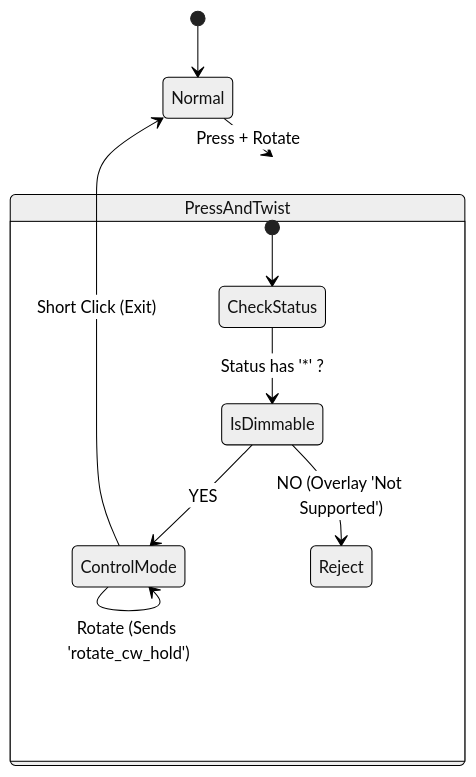
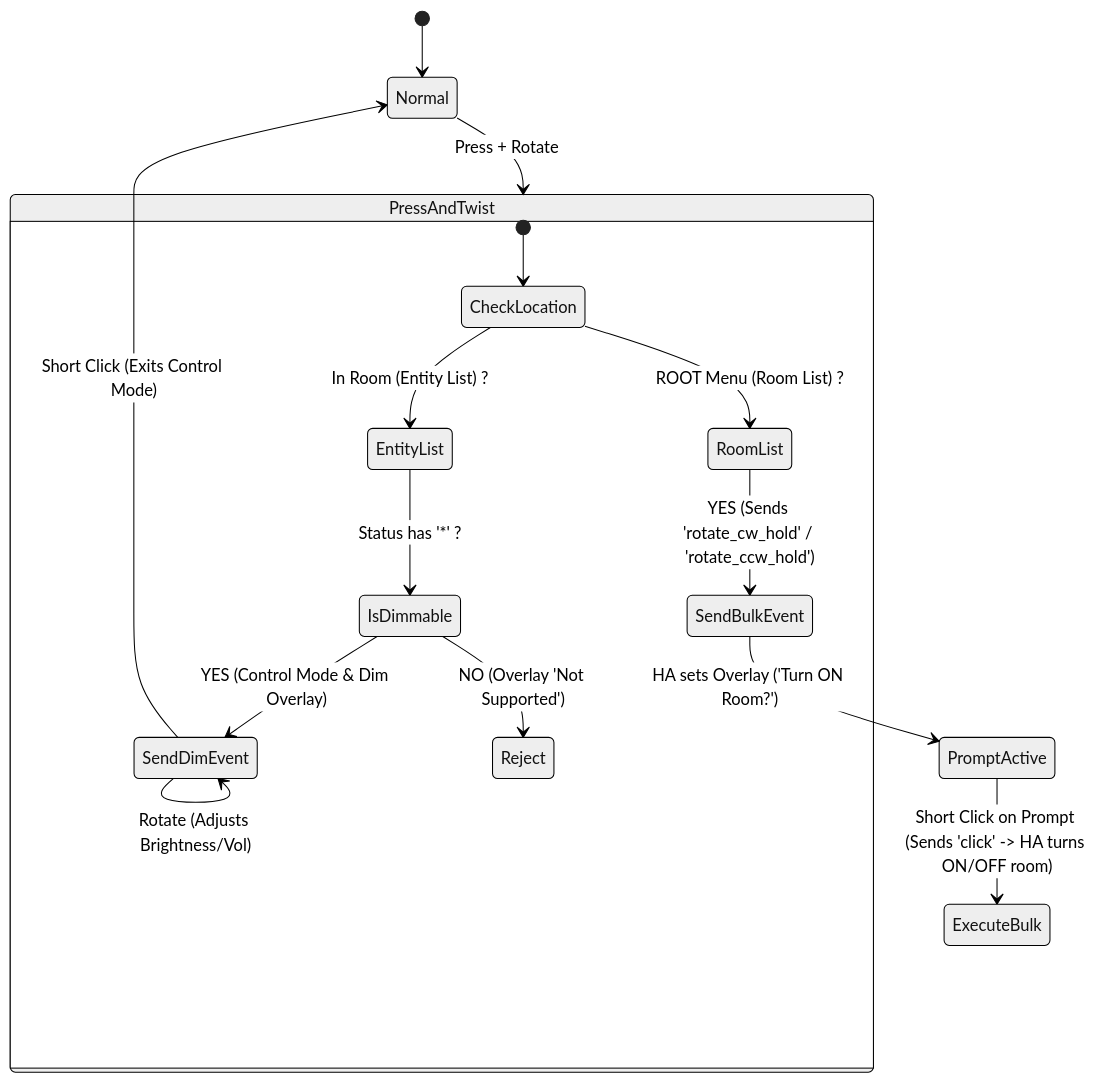
Before and after one commit to orkanm/HARem: the third of 4 diagrams in docs/behavior_map.md, drawn with Mermaid (neutral theme). The commit also changed other lines of this file and 2 other files, not shown here.

````diff
--- a/docs/behavior_map.md
+++ b/docs/behavior_map.md
@@ -85,16 +85,21 @@
 ```mermaid
 stateDiagram-v2
     [*] --> Normal
     Normal --> PressAndTwist : Press + Rotate
     
     state PressAndTwist {
         direction LR
-        [*] --> CheckStatus
-        CheckStatus --> IsDimmable : Status has '*' ?
-        IsDimmable --> ControlMode : YES
+        [*] --> CheckLocation
+        CheckLocation --> RoomList : ROOT Menu (Room List) ?
+        RoomList --> SendBulkEvent : YES (Sends 'rotate_cw_hold' / 'rotate_ccw_hold')
+        CheckLocation --> EntityList : In Room (Entity List) ?
+        EntityList --> IsDimmable : Status has '*' ?
+        IsDimmable --> SendDimEvent : YES (Control Mode & Dim Overlay)
         IsDimmable --> Reject : NO (Overlay 'Not Supported')
     }
     
-    ControlMode --> ControlMode : Rotate (Sends 'rotate_cw_hold')
-    ControlMode --> Normal : Short Click (Exit)
+    SendBulkEvent --> PromptActive : HA sets Overlay ('Turn ON Room?')
+    PromptActive --> ExecuteBulk : Short Click on Prompt (Sends 'click' -> HA turns ON/OFF room)
+    SendDimEvent --> SendDimEvent : Rotate (Adjusts Brightness/Vol)
+    SendDimEvent --> Normal : Short Click (Exits Control Mode)
 ```
````
